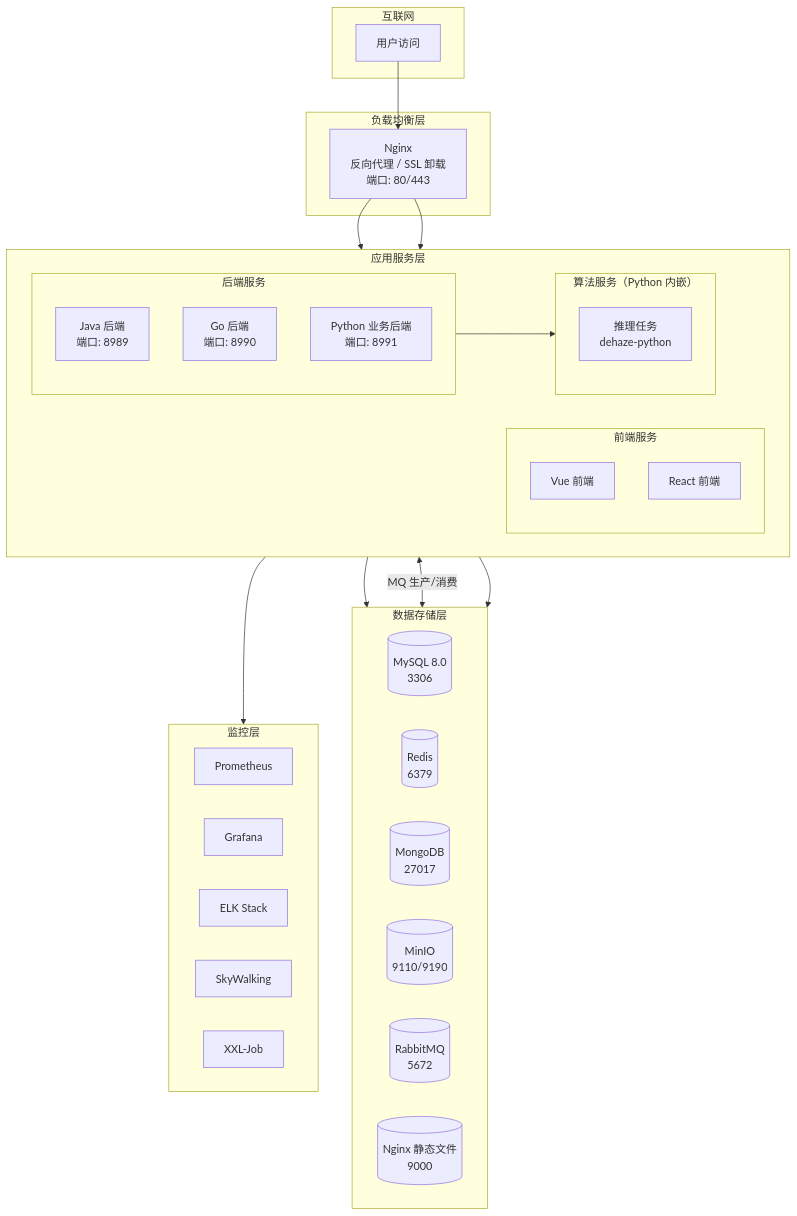
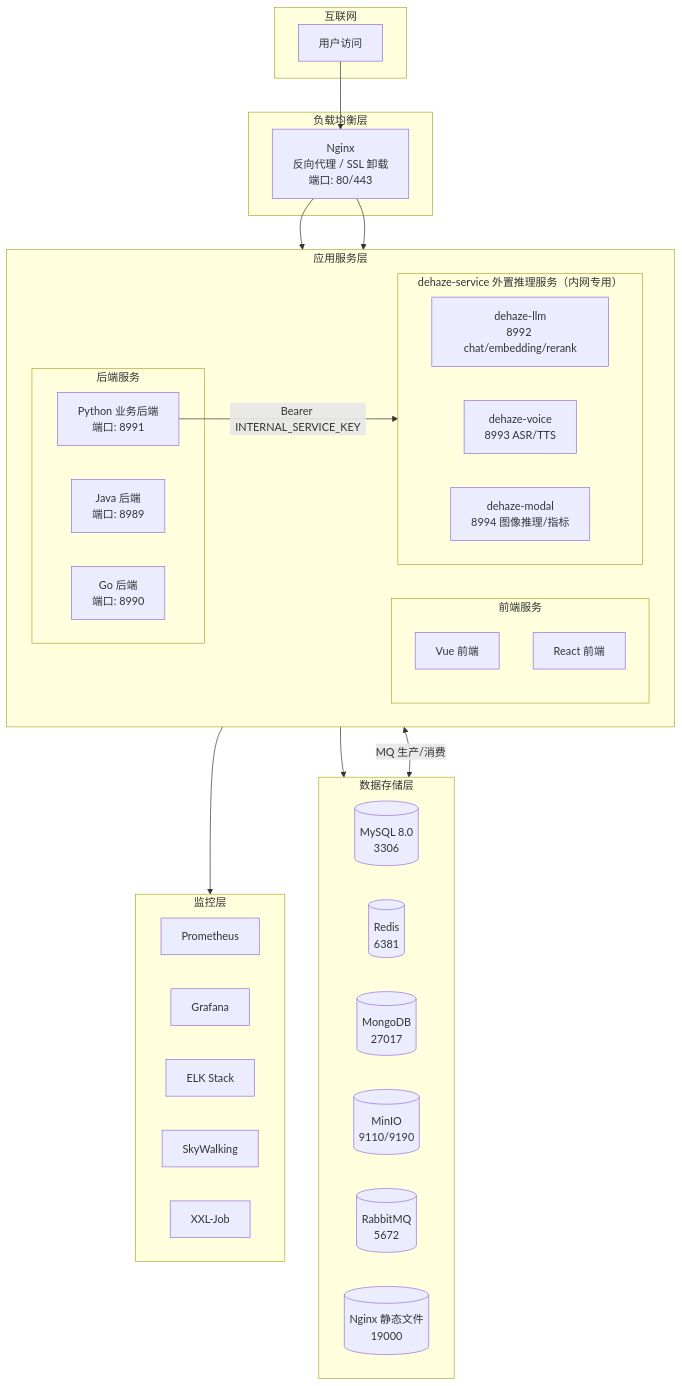
Before and after one commit to earthy-zinc/dehaze-system: the diagram in dehaze-doc/docs/02-系统架构/06-部署架构.md, drawn with Mermaid. The commit also changed other lines of this file and 239 other files, not shown here.

````diff
--- a/dehaze-doc/docs/02-系统架构/06-部署架构.md
+++ b/dehaze-doc/docs/02-系统架构/06-部署架构.md
@@ -19,54 +19,56 @@
 ```mermaid
 flowchart TB
     subgraph Internet["互联网"]
         Users["用户访问"]
     end
 
     subgraph LoadBalancer["负载均衡层"]
         Nginx["Nginx<br/>反向代理 / SSL 卸载<br/>端口: 80/443"]
     end
 
     subgraph AppLayer["应用服务层"]
         direction LR
         subgraph FrontendCluster["前端服务"]
             FrontVue["Vue 前端"]
             FrontReact["React 前端"]
         end
         subgraph BackendCluster["后端服务"]
             JavaApp["Java 后端<br/>端口: 8989"]
             GoApp["Go 后端<br/>端口: 8990"]
             PythonApp["Python 业务后端<br/>端口: 8991"]
         end
-        subgraph AlgoService["算法服务（Python 内嵌）"]
-            PyAlgo["推理任务<br/>dehaze-python"]
+        subgraph AlgoService["dehaze-service 外置推理服务（内网专用）"]
+            direction LR
+            LlmSvc["dehaze-llm<br/>8992 chat/embedding/rerank"]
+            VoiceSvc["dehaze-voice<br/>8993 ASR/TTS"]
+            ModalSvc["dehaze-modal<br/>8994 图像推理/指标"]
         end
     end
 
     subgraph DataLayer["数据存储层"]
         direction LR
         MySQL[("MySQL 8.0<br/>3306")]
-        Redis[("Redis<br/>6379")]
+        Redis[("Redis<br/>6381")]
         MongoDB[("MongoDB<br/>27017")]
         MinIO[("MinIO<br/>9110/9190")]
         MQ[("RabbitMQ<br/>5672")]
-        NginxData[("Nginx 静态文件<br/>9000")]
+        NginxData[("Nginx 静态文件<br/>19000")]
     end
 
     subgraph MonitorLayer["监控层"]
         direction LR
         Prometheus["Prometheus"]
         Grafana["Grafana"]
         ELK["ELK Stack"]
         SkyWalking["SkyWalking"]
         XXLJob["XXL-Job"]
     end
 
     Users --> Nginx
     Nginx --> FrontendCluster
     Nginx --> BackendCluster
-    BackendCluster --> AlgoService
+    PythonApp -->|"Bearer INTERNAL_SERVICE_KEY"| AlgoService
     BackendCluster --> DataLayer
     BackendCluster <-->|"MQ 生产/消费"| MQ
-    AlgoService --> DataLayer
     AppLayer --> MonitorLayer
 ```
````
